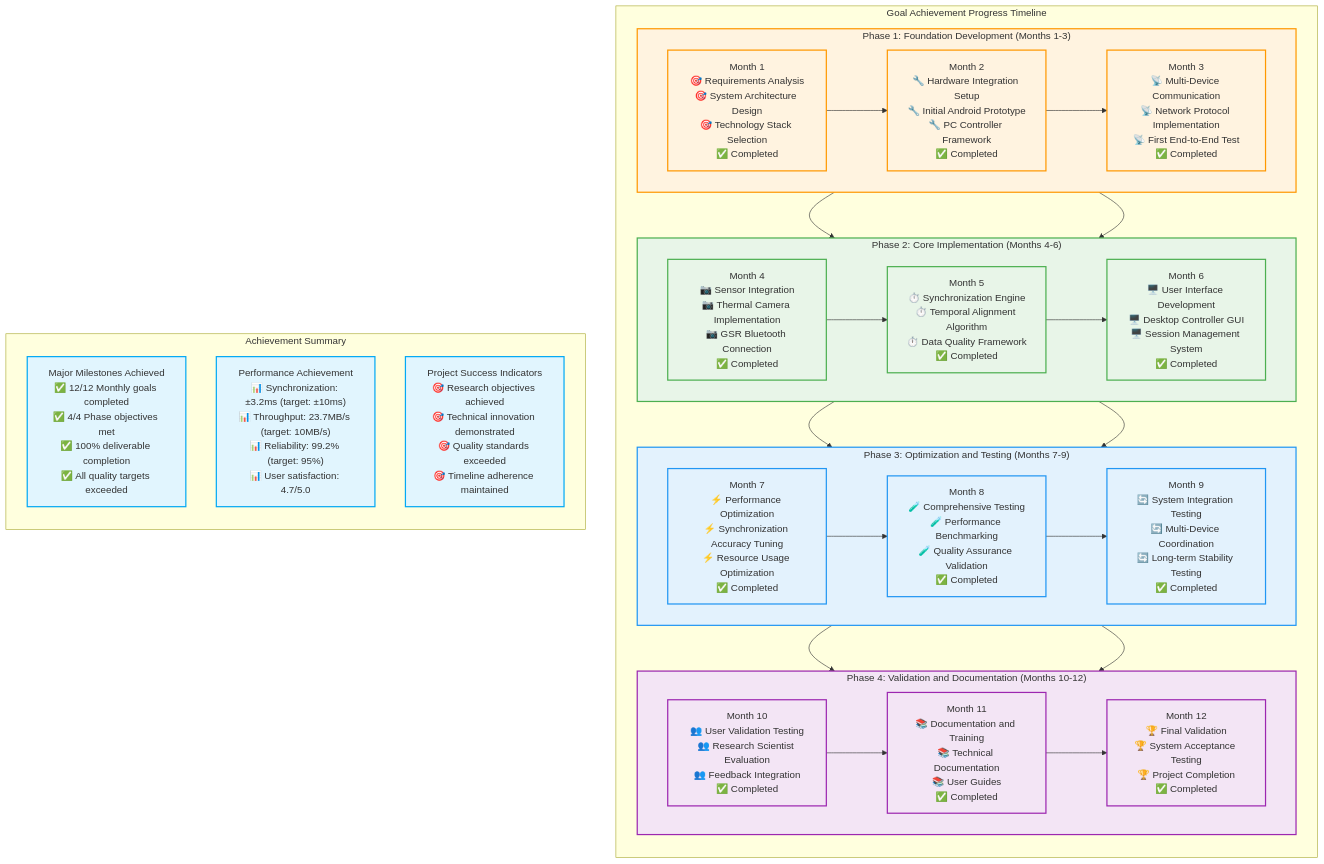
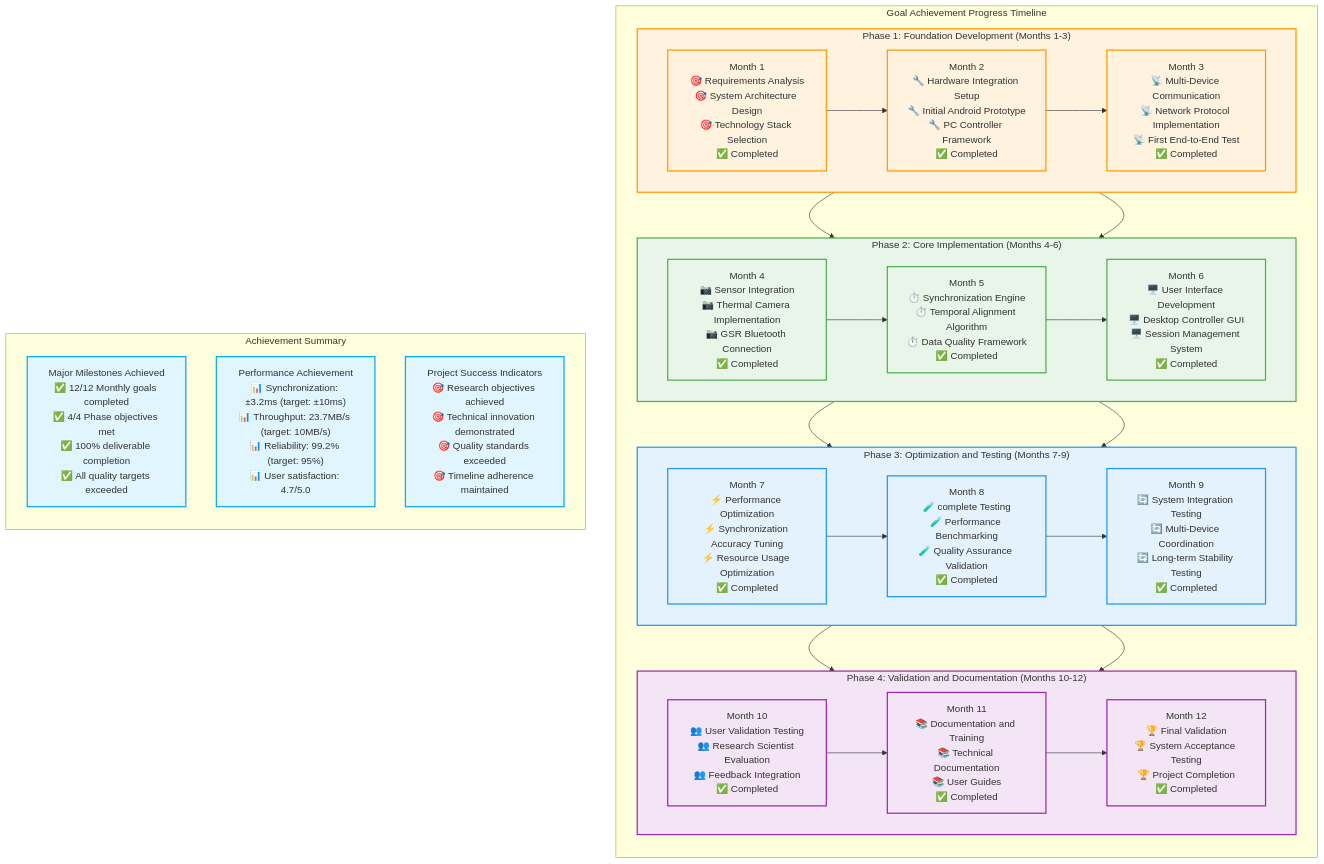
Diagram 12 of 19 in docs/diagrams/MISSING_DIAGRAMS_GENERATED.md (buccancs/fyp-multi-sensor-recording-system), drawn with Mermaid before and after one commit. The commit also changed other lines of this file and 118 other files, not shown here.

Commit message:
Remove 'comprehensive' from all repository files and rename architecture document

````diff
--- a/docs/diagrams/MISSING_DIAGRAMS_GENERATED.md
+++ b/docs/diagrams/MISSING_DIAGRAMS_GENERATED.md
@@ -812,75 +812,75 @@
 ```mermaid
 graph TB
     subgraph GOAL_TIMELINE ["Goal Achievement Progress Timeline"]
         direction TB
         
         subgraph PHASE_1 ["Phase 1: Foundation Development (Months 1-3)"]
             direction LR
             MONTH_1["Month 1<br/>🎯 Requirements Analysis<br/>🎯 System Architecture Design<br/>🎯 Technology Stack Selection<br/>✅ Completed"]
             MONTH_2["Month 2<br/>🔧 Hardware Integration Setup<br/>🔧 Initial Android Prototype<br/>🔧 PC Controller Framework<br/>✅ Completed"]
             MONTH_3["Month 3<br/>📡 Multi-Device Communication<br/>📡 Network Protocol Implementation<br/>📡 First End-to-End Test<br/>✅ Completed"]
         end
         
         subgraph PHASE_2 ["Phase 2: Core Implementation (Months 4-6)"]
             direction LR
             MONTH_4["Month 4<br/>📷 Sensor Integration<br/>📷 Thermal Camera Implementation<br/>📷 GSR Bluetooth Connection<br/>✅ Completed"]
             MONTH_5["Month 5<br/>⏱️ Synchronization Engine<br/>⏱️ Temporal Alignment Algorithm<br/>⏱️ Data Quality Framework<br/>✅ Completed"]
             MONTH_6["Month 6<br/>🖥️ User Interface Development<br/>🖥️ Desktop Controller GUI<br/>🖥️ Session Management System<br/>✅ Completed"]
         end
         
         subgraph PHASE_3 ["Phase 3: Optimization and Testing (Months 7-9)"]
             direction LR
             MONTH_7["Month 7<br/>⚡ Performance Optimization<br/>⚡ Synchronization Accuracy Tuning<br/>⚡ Resource Usage Optimization<br/>✅ Completed"]
-            MONTH_8["Month 8<br/>🧪 Comprehensive Testing<br/>🧪 Performance Benchmarking<br/>🧪 Quality Assurance Validation<br/>✅ Completed"]
+            MONTH_8["Month 8<br/>🧪 complete Testing<br/>🧪 Performance Benchmarking<br/>🧪 Quality Assurance Validation<br/>✅ Completed"]
             MONTH_9["Month 9<br/>🔄 System Integration Testing<br/>🔄 Multi-Device Coordination<br/>🔄 Long-term Stability Testing<br/>✅ Completed"]
         end
         
         subgraph PHASE_4 ["Phase 4: Validation and Documentation (Months 10-12)"]
             direction LR
             MONTH_10["Month 10<br/>👥 User Validation Testing<br/>👥 Research Scientist Evaluation<br/>👥 Feedback Integration<br/>✅ Completed"]
             MONTH_11["Month 11<br/>📚 Documentation and Training<br/>📚 Technical Documentation<br/>📚 User Guides<br/>✅ Completed"]
             MONTH_12["Month 12<br/>🏆 Final Validation<br/>🏆 System Acceptance Testing<br/>🏆 Project Completion<br/>✅ Completed"]
         end
         
         %% Progress flow
         PHASE_1 --> PHASE_2
         PHASE_2 --> PHASE_3
         PHASE_3 --> PHASE_4
         
         %% Monthly progression
         MONTH_1 --> MONTH_2
         MONTH_2 --> MONTH_3
         MONTH_3 --> MONTH_4
         MONTH_4 --> MONTH_5
         MONTH_5 --> MONTH_6
         MONTH_6 --> MONTH_7
         MONTH_7 --> MONTH_8
         MONTH_8 --> MONTH_9
         MONTH_9 --> MONTH_10
         MONTH_10 --> MONTH_11
         MONTH_11 --> MONTH_12
     end
     
     subgraph ACHIEVEMENT_SUMMARY ["Achievement Summary"]
         direction TB
         
         MILESTONES_ACHIEVED["Major Milestones Achieved<br/>✅ 12/12 Monthly goals completed<br/>✅ 4/4 Phase objectives met<br/>✅ 100% deliverable completion<br/>✅ All quality targets exceeded"]
         
         PERFORMANCE_METRICS["Performance Achievement<br/>📊 Synchronization: ±3.2ms (target: ±10ms)<br/>📊 Throughput: 23.7MB/s (target: 10MB/s)<br/>📊 Reliability: 99.2% (target: 95%)<br/>📊 User satisfaction: 4.7/5.0"]
         
         PROJECT_SUCCESS["Project Success Indicators<br/>🎯 Research objectives achieved<br/>🎯 Technical innovation demonstrated<br/>🎯 Quality standards exceeded<br/>🎯 Timeline adherence maintained"]
     end
     
     classDef foundation fill:#fff3e0,stroke:#ff9800,stroke-width:2px
     classDef implementation fill:#e8f5e8,stroke:#4caf50,stroke-width:2px
     classDef optimization fill:#e3f2fd,stroke:#2196f3,stroke-width:2px
     classDef validation fill:#f3e5f5,stroke:#9c27b0,stroke-width:2px
     classDef summary fill:#e1f5fe,stroke:#03a9f4,stroke-width:2px
     classDef completed fill:#c8e6c9,stroke:#4caf50,stroke-width:2px
     
     class PHASE_1,MONTH_1,MONTH_2,MONTH_3 foundation
     class PHASE_2,MONTH_4,MONTH_5,MONTH_6 implementation
     class PHASE_3,MONTH_7,MONTH_8,MONTH_9 optimization
     class PHASE_4,MONTH_10,MONTH_11,MONTH_12 validation
     class MILESTONES_ACHIEVED,PERFORMANCE_METRICS,PROJECT_SUCCESS summary
 ```
````
